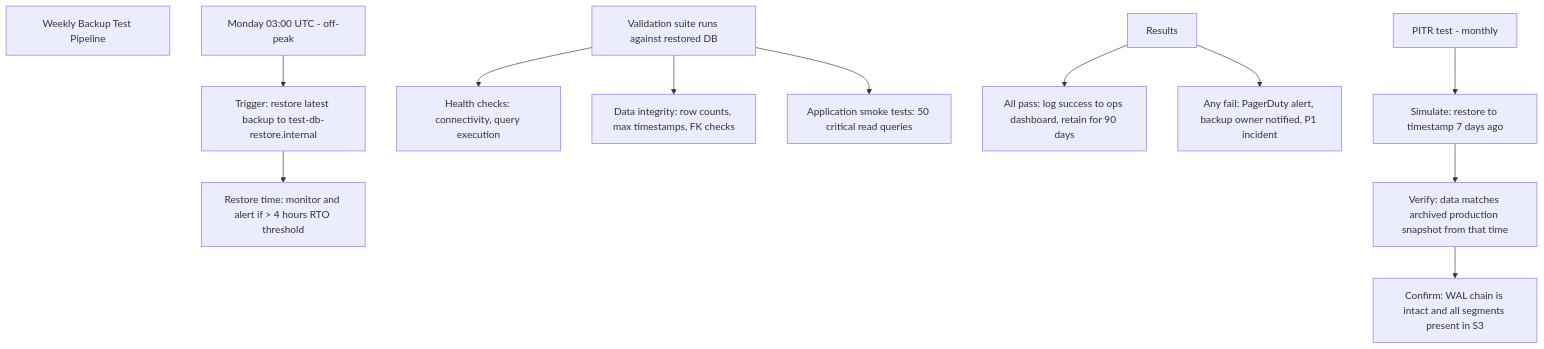
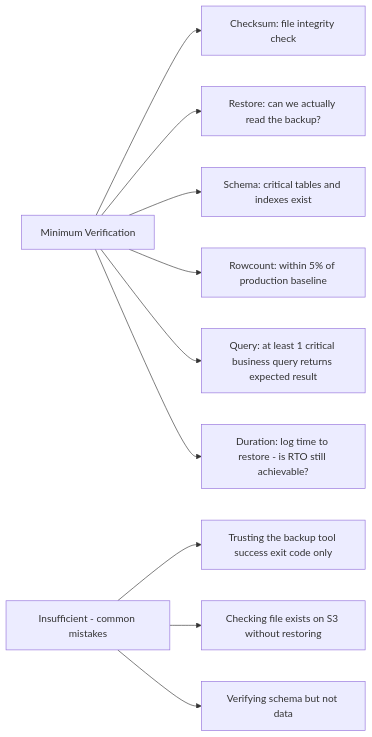
Before and after one commit to gauravprwl14/system-design-course: the sixth of 11 diagrams in docs-site/content/12-interview-prep/question-bank/databases/database-backup-recovery.md, drawn with Mermaid. The commit also changed other lines of this file and 3 other files, not shown here.

````diff
--- a/docs-site/content/12-interview-prep/question-bank/databases/database-backup-recovery.md
+++ b/docs-site/content/12-interview-prep/question-bank/databases/database-backup-recovery.md
@@ -301,22 +255,13 @@
 ```mermaid
-graph TD
-  A[Weekly Backup Test Pipeline]
+graph LR
+  A[Minimum Verification] --> B[Checksum: file integrity check]
+  A --> C[Restore: can we actually read the backup?]
+  A --> D[Schema: critical tables and indexes exist]
+  A --> E[Rowcount: within 5% of production baseline]
+  A --> F[Query: at least 1 critical business query returns expected result]
+  A --> G[Duration: log time to restore - is RTO still achievable?]
 
-  B[Monday 03:00 UTC - off-peak]
-  B --> C[Trigger: restore latest backup to test-db-restore.internal]
-  C --> D[Restore time: monitor and alert if > 4 hours RTO threshold]
-
-  E[Validation suite runs against restored DB]
-  E --> F[Health checks: connectivity, query execution]
-  E --> G[Data integrity: row counts, max timestamps, FK checks]
-  E --> H[Application smoke tests: 50 critical read queries]
-
-  I[Results]
-  I --> J[All pass: log success to ops dashboard, retain for 90 days]
-  I --> K[Any fail: PagerDuty alert, backup owner notified, P1 incident]
-
-  L[PITR test - monthly]
-  L --> M[Simulate: restore to timestamp 7 days ago]
-  M --> N[Verify: data matches archived production snapshot from that time]
-  N --> O[Confirm: WAL chain is intact and all segments present in S3]
+  H[Insufficient - common mistakes] --> I[Trusting the backup tool success exit code only]
+  H --> J[Checking file exists on S3 without restoring]
+  H --> K[Verifying schema but not data]
 ```
````
